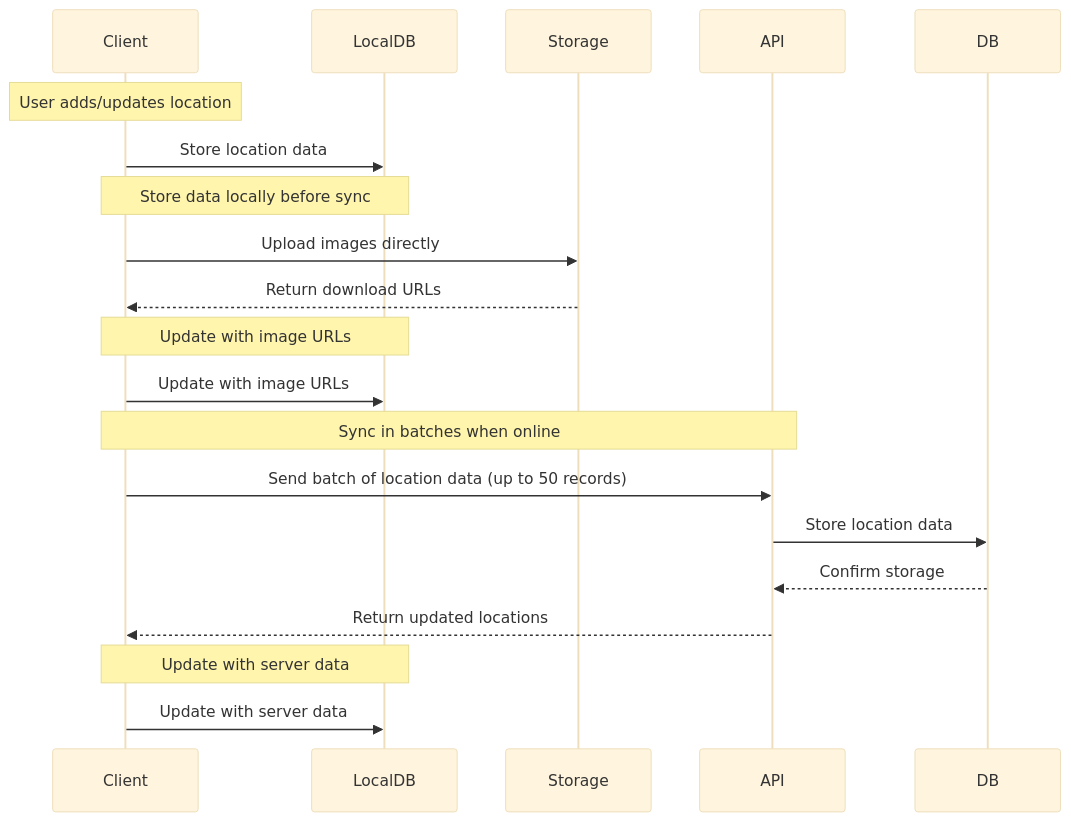
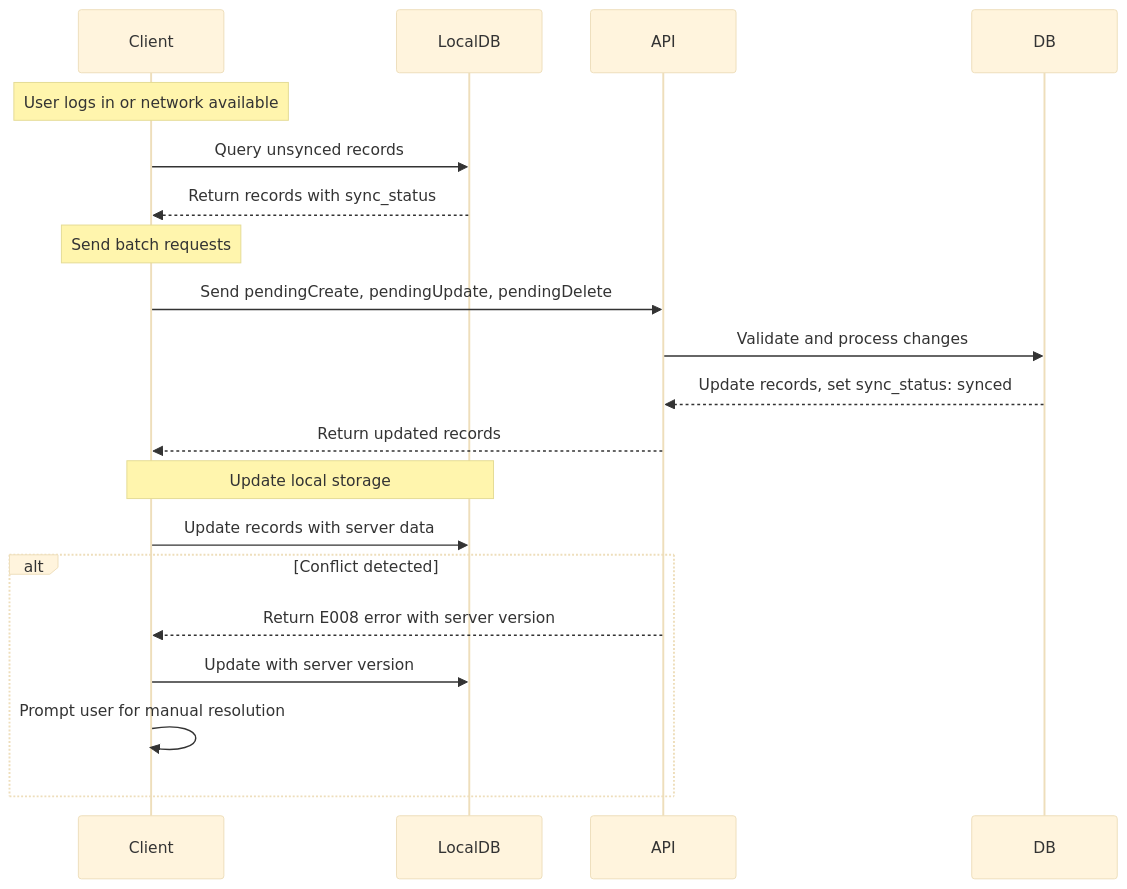
Before and after one commit to lhhiep2204/Locify: the second of 5 diagrams in docs/Locify_System_Architecture.md, drawn with Mermaid (base theme). The commit also changed other lines of this file and 4 other files, not shown here.

````diff
--- a/docs/Locify_System_Architecture.md
+++ b/docs/Locify_System_Architecture.md
@@ -98,23 +96,23 @@
 ```mermaid
 sequenceDiagram
     participant Client
     participant LocalDB
-    participant Storage
     participant API
     participant DB
 
-    Note over Client: User adds/updates location
-    Client->>LocalDB: Store location data
-    Note over Client,LocalDB: Store data locally before sync
-    Client->>Storage: Upload images directly
-    Storage-->>Client: Return download URLs
-    Note over Client,LocalDB: Update with image URLs
-    Client->>LocalDB: Update with image URLs
-    Note over Client,API: Sync in batches when online
-    Client->>API: Send batch of location data (up to 50 records)
-    API->>DB: Store location data
-    DB-->>API: Confirm storage
-    API-->>Client: Return updated locations
-    Note over Client,LocalDB: Update with server data
-    Client->>LocalDB: Update with server data
+    Note over Client: User logs in or network available
+    Client->>LocalDB: Query unsynced records
+    LocalDB-->>Client: Return records with sync_status
+    Note over Client: Send batch requests
+    Client->>API: Send pendingCreate, pendingUpdate, pendingDelete
+    API->>DB: Validate and process changes
+    DB-->>API: Update records, set sync_status: synced
+    API-->>Client: Return updated records
+    Note over Client,LocalDB: Update local storage
+    Client->>LocalDB: Update records with server data
+    alt Conflict detected
+        API-->>Client: Return E008 error with server version
+        Client->>LocalDB: Update with server version
+        Client->>Client: Prompt user for manual resolution
+    end
 ```
````
